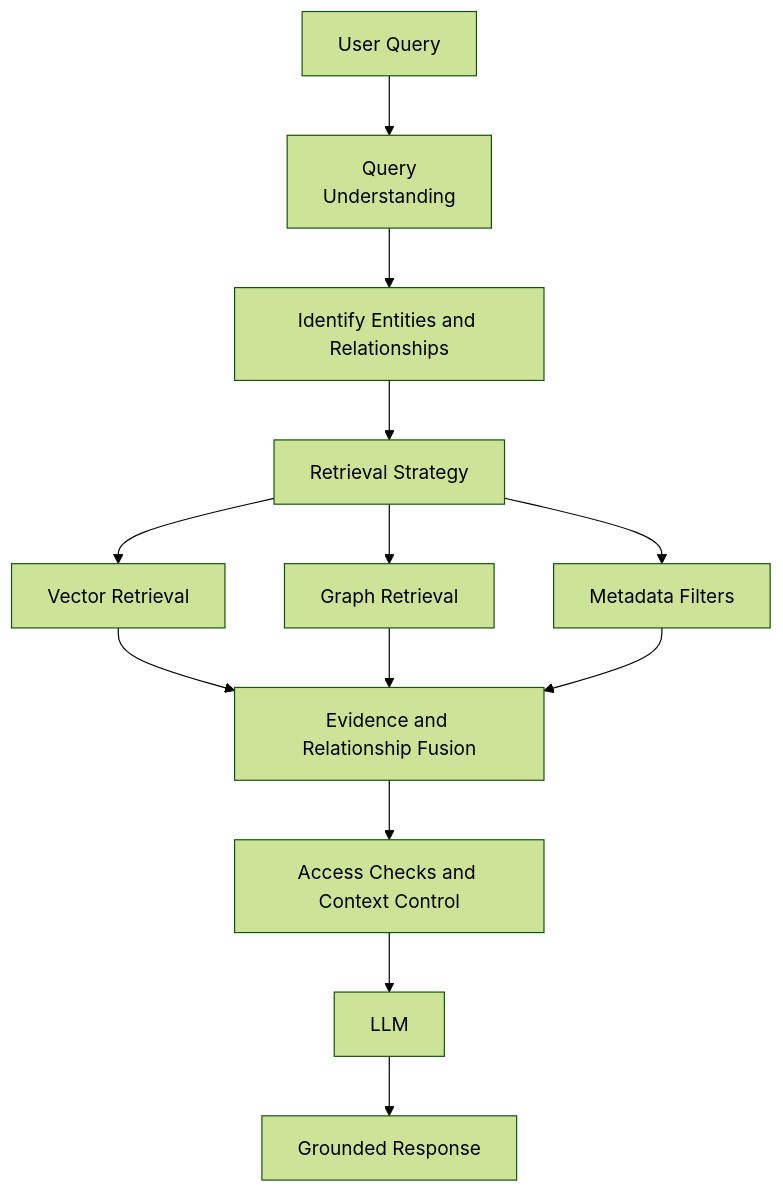
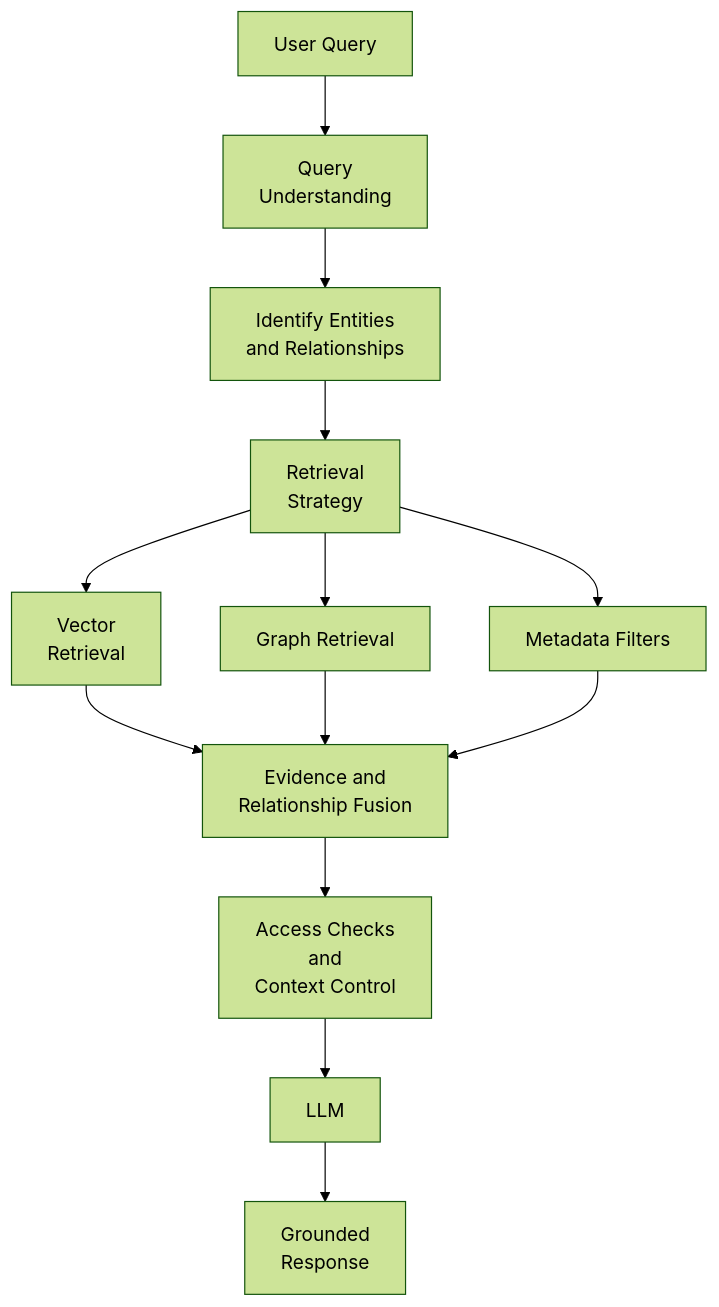
The second of 8 diagrams in docs/architecture-insights/genai-and-rag/4.1_architecting_graph_rag_relationship_aware_enterprise_knowledge.md (MihirKJha/enterprise-ai-blog), drawn with Mermaid (forest theme) before and after one commit. The commit also changed other lines of this file, not shown here.

````diff
--- a/docs/architecture-insights/genai-and-rag/4.1_architecting_graph_rag_relationship_aware_enterprise_knowledge.md
+++ b/docs/architecture-insights/genai-and-rag/4.1_architecting_graph_rag_relationship_aware_enterprise_knowledge.md
@@ -72,15 +72,15 @@
 ```mermaid
 graph TD
     A[User Query] --> B[Query<br/>Understanding]
-    B --> C[Identify Entities and Relationships]
-    C --> D[Retrieval Strategy]
-    D --> E[Vector Retrieval]
+    B --> C[Identify Entities<br/> and Relationships]
+    C --> D[Retrieval<br/>Strategy]
+    D --> E[Vector<br/>Retrieval]
     D --> F[Graph Retrieval]
     D --> G[Metadata Filters]
-    E --> H[Evidence and Relationship Fusion]
+    E --> H[Evidence and<br/>Relationship Fusion]
     F --> H
     G --> H
-    H --> I[Access Checks and Context Control]
+    H --> I[Access Checks<br/>and<br/>Context Control]
     I --> J[LLM]
-    J --> K[Grounded Response]
+    J --> K[Grounded<br/>Response]
 ```
````
